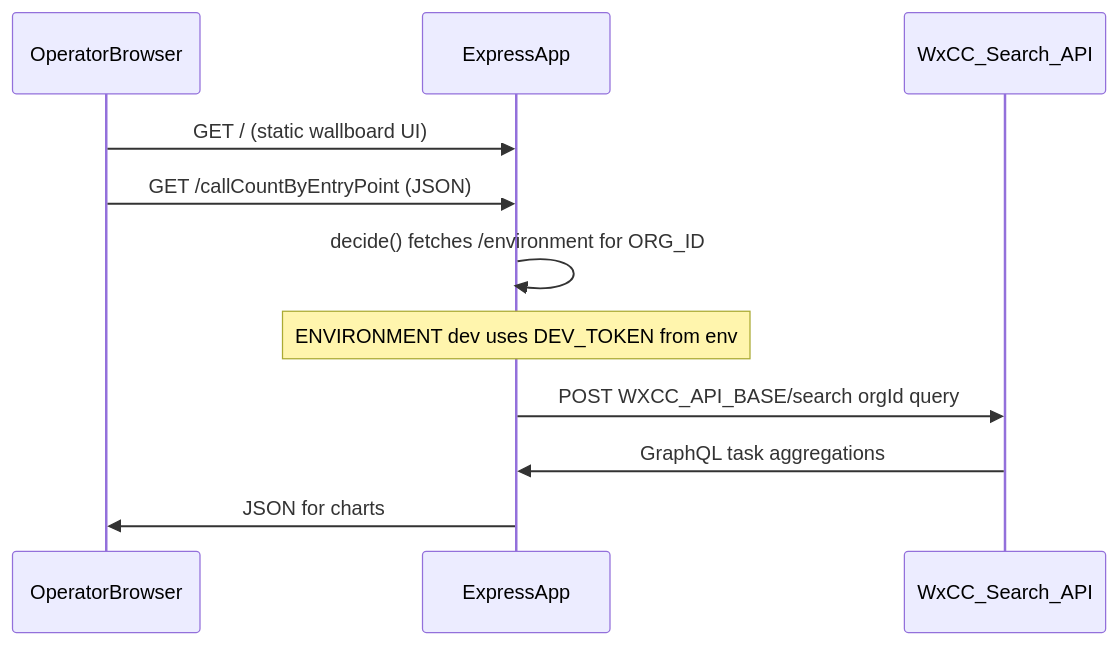
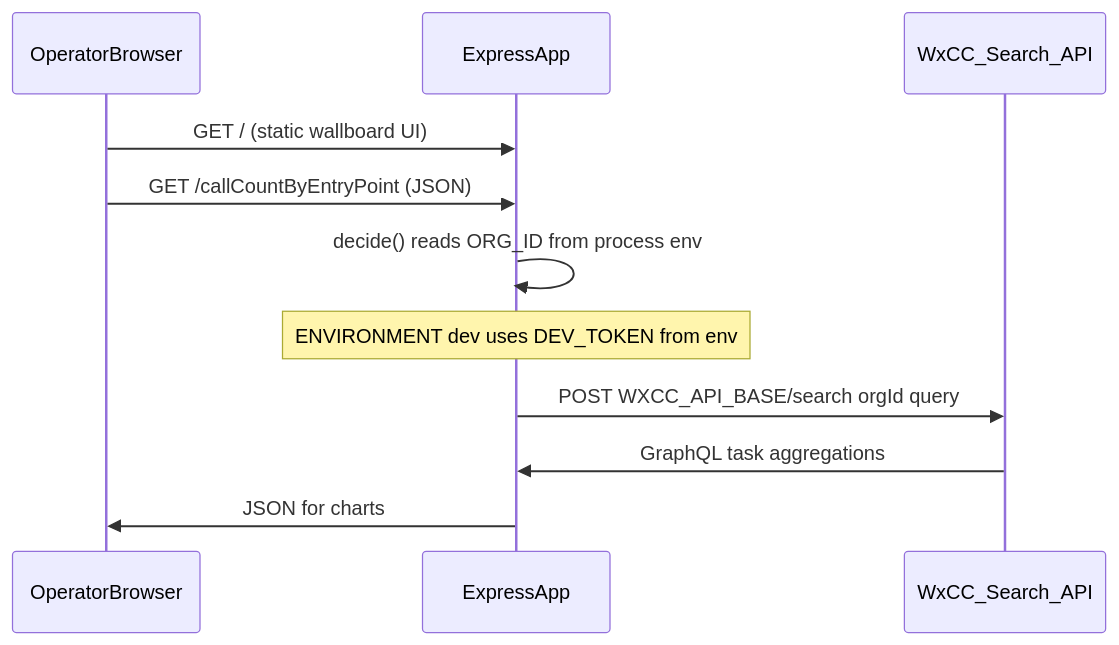
The diagram in playbooks/wxcc-graphql-wallboard/diagrams/architecture-diagram.md (webex/WebexPlaybooks), drawn with Mermaid before and after one commit. The commit also changed 22 other files, not shown here.

First line of the commit message:
feat(wxcc-graphql-wallboard): rolling query window, drop /environment, fix charts

````diff
--- a/playbooks/wxcc-graphql-wallboard/diagrams/architecture-diagram.md
+++ b/playbooks/wxcc-graphql-wallboard/diagrams/architecture-diagram.md
@@ -3,14 +3,14 @@
 ```mermaid
 sequenceDiagram
     participant Browser as OperatorBrowser
     participant App as ExpressApp
     participant Search as WxCC_Search_API
 
     Browser->>App: GET / (static wallboard UI)
     Browser->>App: GET /callCountByEntryPoint (JSON)
-    App->>App: decide() fetches /environment for ORG_ID
+    App->>App: decide() reads ORG_ID from process env
     Note over App: ENVIRONMENT dev uses DEV_TOKEN from env
     App->>Search: POST WXCC_API_BASE/search orgId query
     Search->>App: GraphQL task aggregations
     App->>Browser: JSON for charts
 ```
````
